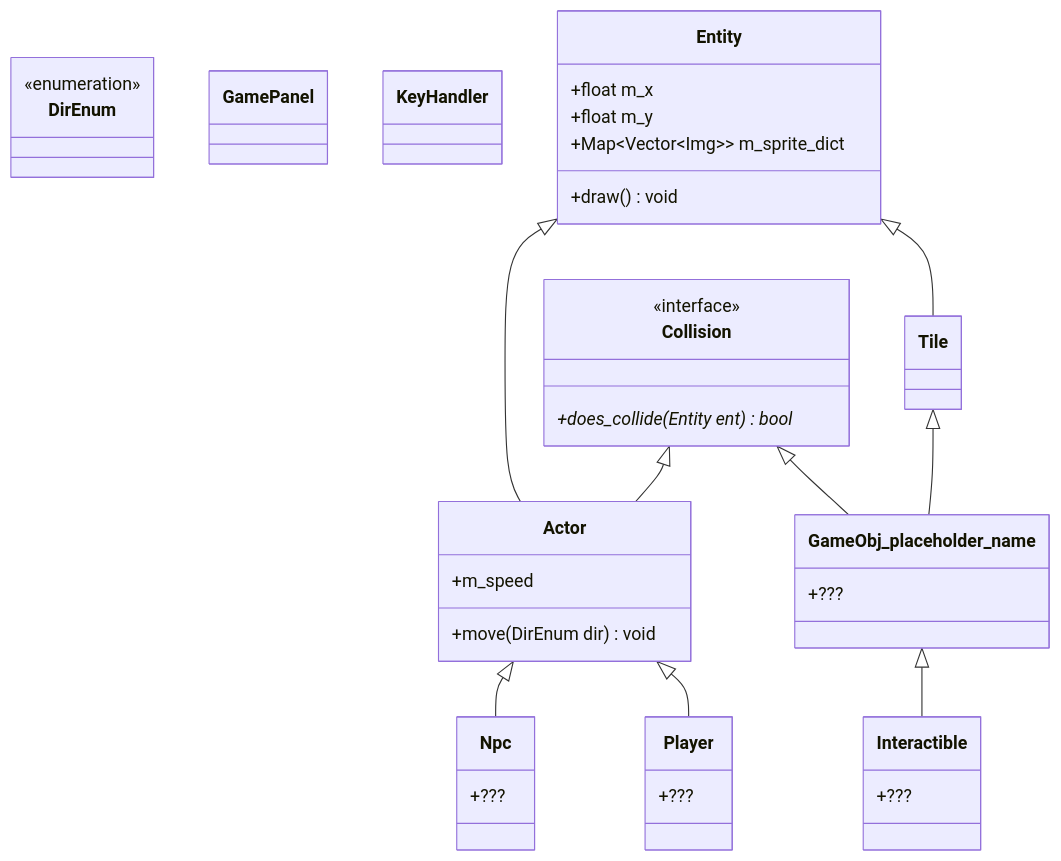
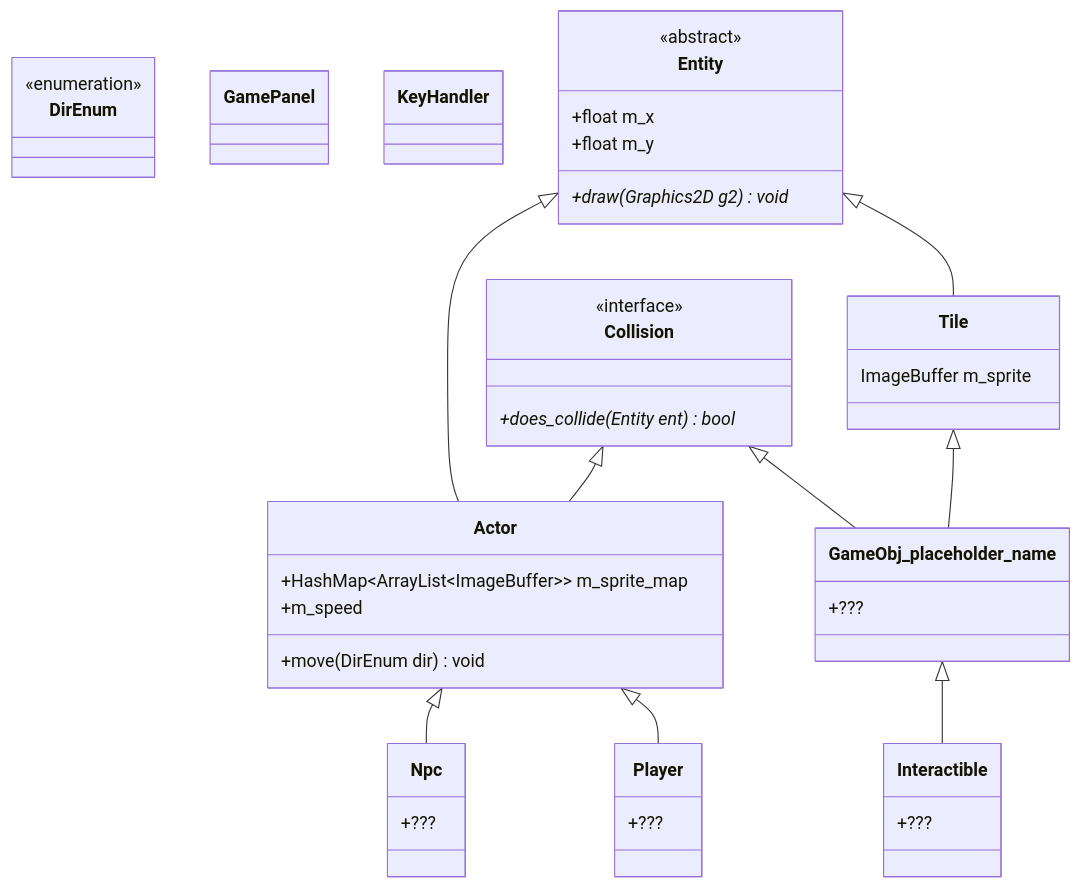
One commit to verdiur/woolshop changed the diagram in README.md. Above: the diagram before and after it, drawn with Mermaid. The commit also changed 1 other file, not shown here.

Commit message:
Entity into abstract class avec abstract draw() + Actor doit heriter draw() avec HashMap de sprites + Tile doit heriter draw() avec sprite seul

````diff
--- a/README.md
+++ b/README.md
@@ -5,63 +5,65 @@
 ```mermaid
 classDiagram
     
     class DirEnum {    
     }
     <<enumeration>> DirEnum
 
     class GamePanel {
     }
     
     class KeyHandler {
     }
 
     class Entity {
         +float m_x
         +float m_y
-        +Map~Vector~Img~~ m_sprite_dict
-        +draw() void
+        +draw(Graphics2D g2)* void
     }
+    <<abstract>> Entity
 
     class Collision {
         +does_collide(Entity ent)* bool
     }
     <<interface>> Collision
 
     class Actor {
+        +HashMap~ArrayList~ImageBuffer~~ m_sprite_map
         +m_speed
         +move(DirEnum dir) void
     }
 
     class Tile {
+        ImageBuffer m_sprite
     }
 
     class GameObj_placeholder_name {
         +???
     }
 
     class Interactible {
         +???
     }
 
     class Npc {
         +???
     }
 
     class Player {
         +???
     }
 
     Entity <|-- Actor
     Collision <|-- Actor
 
     Entity <|-- Tile
 
     Collision <|-- GameObj_placeholder_name
     Tile <|-- GameObj_placeholder_name
 
     GameObj_placeholder_name <|-- Interactible
 
     Actor <|-- Npc
 
     Actor <|-- Player
 ```
````
